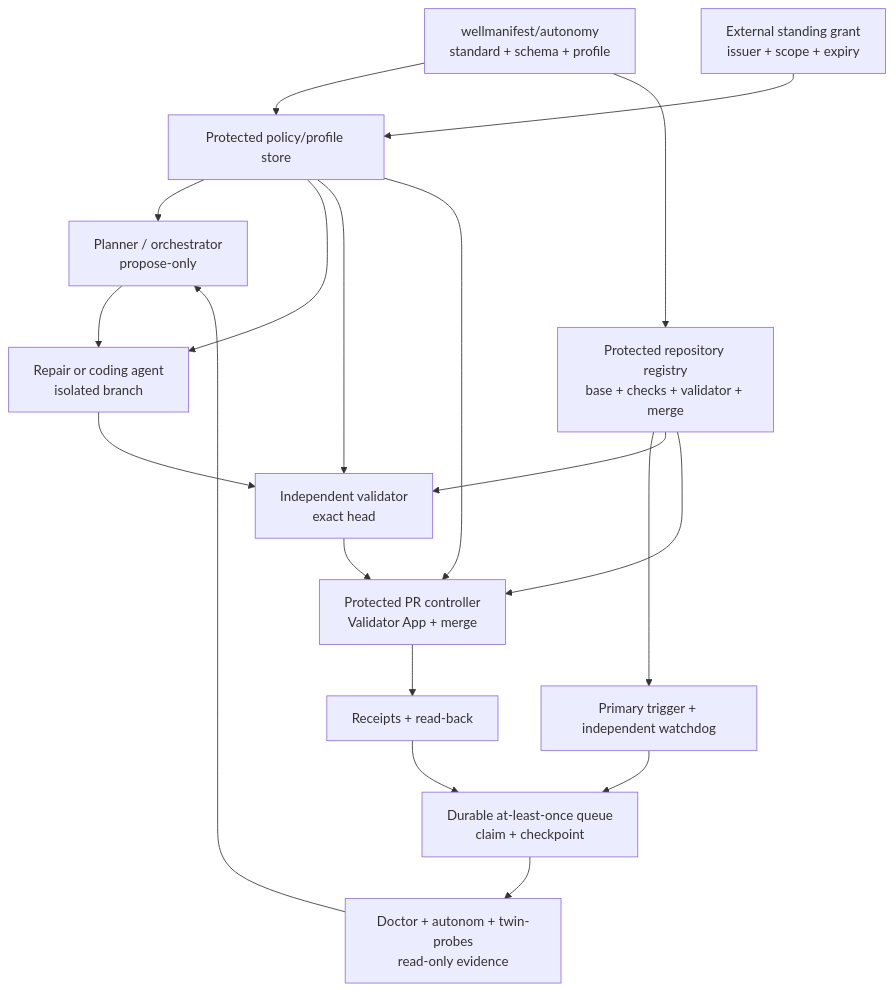
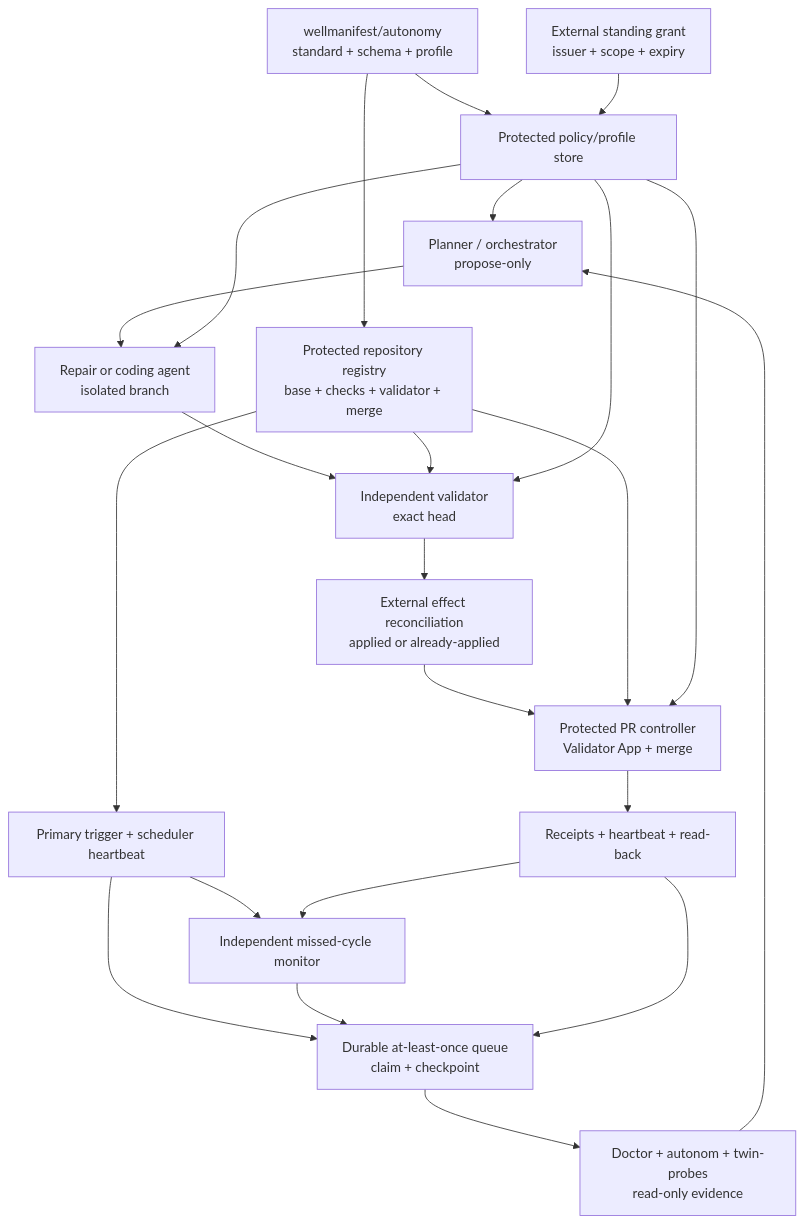
The diagram in docs/ARCHITECTURE.md (wellmanifest/autonomy), drawn with Mermaid before and after one commit. The commit also changed other lines of this file and 15 other files, not shown here.

````diff
--- a/docs/ARCHITECTURE.md
+++ b/docs/ARCHITECTURE.md
@@ -9,28 +9,32 @@
 ```mermaid
 flowchart TB
     WM[wellmanifest/autonomy\nstandard + schema + profile]
     Grant[External standing grant\nissuer + scope + expiry]
     Policy[Protected policy/profile store]
     Registry[Protected repository registry\nbase + checks + validator + merge]
-    Trigger[Primary trigger + independent watchdog]
+    Trigger[Primary trigger + scheduler heartbeat]
+    Monitor[Independent missed-cycle monitor]
     Queue[Durable at-least-once queue\nclaim + checkpoint]
     Observer[Doctor + autonom + twin-probes\nread-only evidence]
     Planner[Planner / orchestrator\npropose-only]
     Edit[Repair or coding agent\nisolated branch]
     Validate[Independent validator\nexact head]
+    Reconcile[External effect reconciliation\napplied or already-applied]
     Publish[Protected PR controller\nValidator App + merge]
-    Audit[Receipts + read-back]
+    Audit[Receipts + heartbeat + read-back]
 
     WM --> Policy
     WM --> Registry
     Grant --> Policy
-    Trigger --> Queue --> Observer --> Planner --> Edit --> Validate --> Publish --> Audit
+    Trigger --> Queue --> Observer --> Planner --> Edit --> Validate --> Reconcile --> Publish --> Audit
+    Trigger --> Monitor --> Queue
     Registry --> Trigger
     Registry --> Validate
     Registry --> Publish
     Policy --> Planner
     Policy --> Edit
     Policy --> Validate
     Policy --> Publish
     Audit --> Queue
+    Audit --> Monitor
 ```
````
